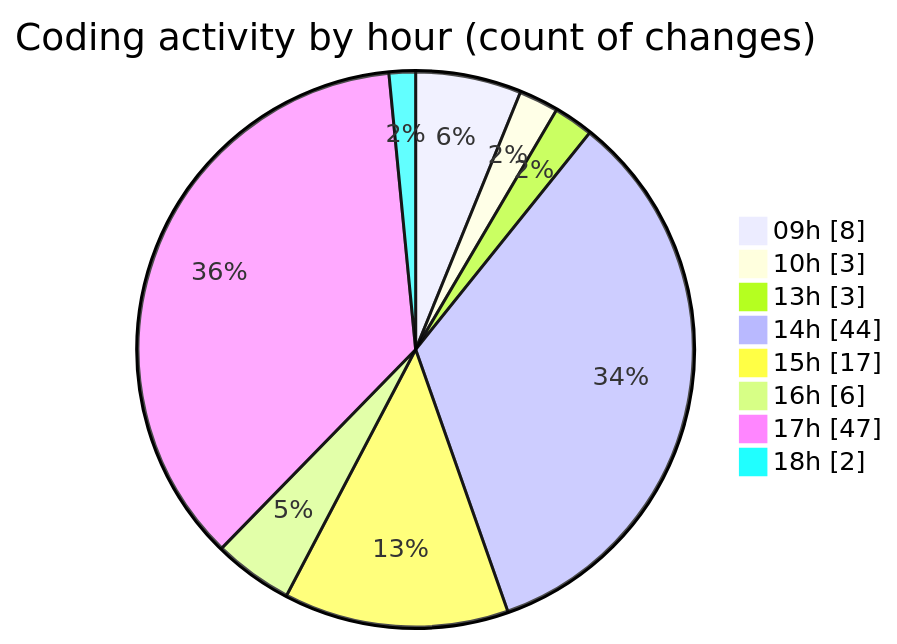
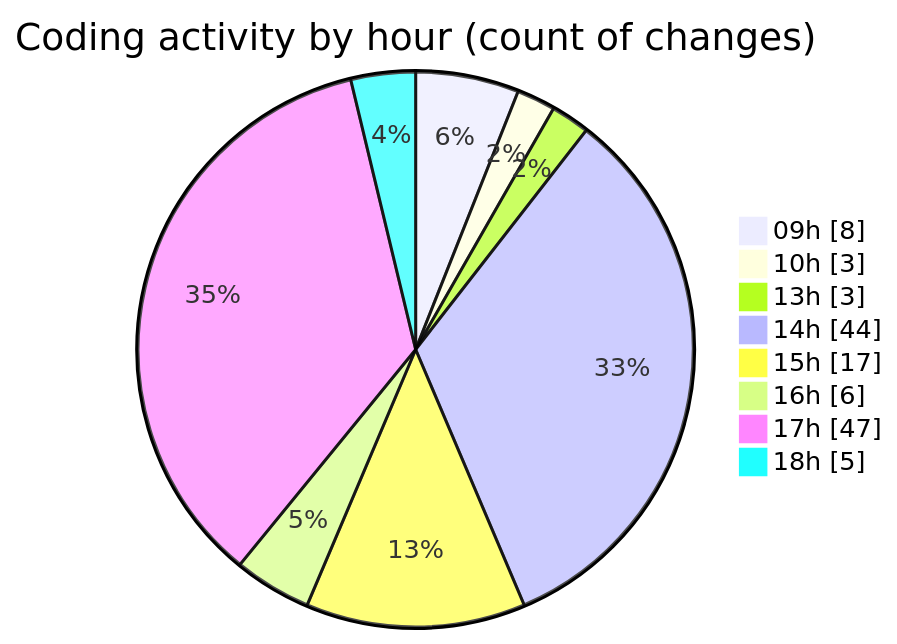
Before and after one commit to momahboobian/code-tracking: the second of 2 diagrams in 2026-04-09/cda/README.md, drawn with Mermaid. The commit also changed other lines of this file and 1 other file, not shown here.

````diff
--- a/2026-04-09/cda/README.md
+++ b/2026-04-09/cda/README.md
@@ -44,12 +44,12 @@
 ```mermaid
 pie showData
 title Coding activity by hour (count of changes)
 "09h" : 8
 "10h" : 3
 "13h" : 3
 "14h" : 44
 "15h" : 17
 "16h" : 6
 "17h" : 47
-"18h" : 2
+"18h" : 5
 ```
````
